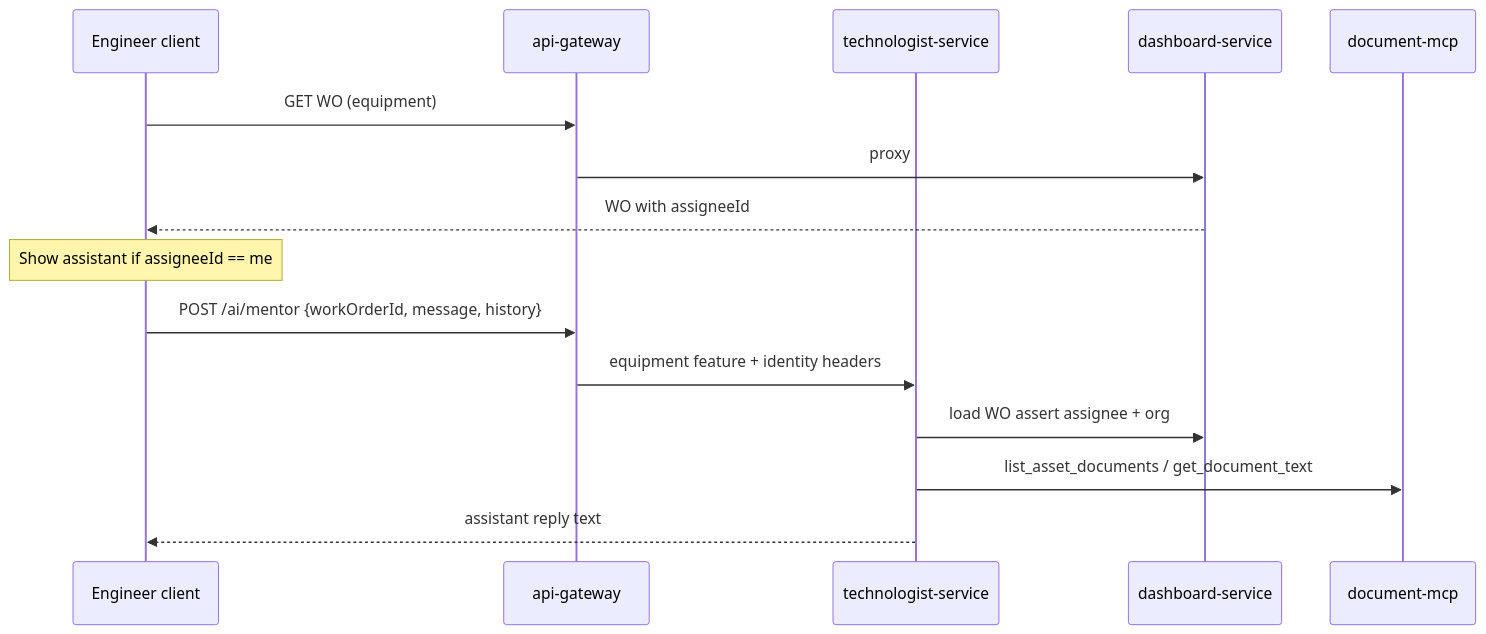
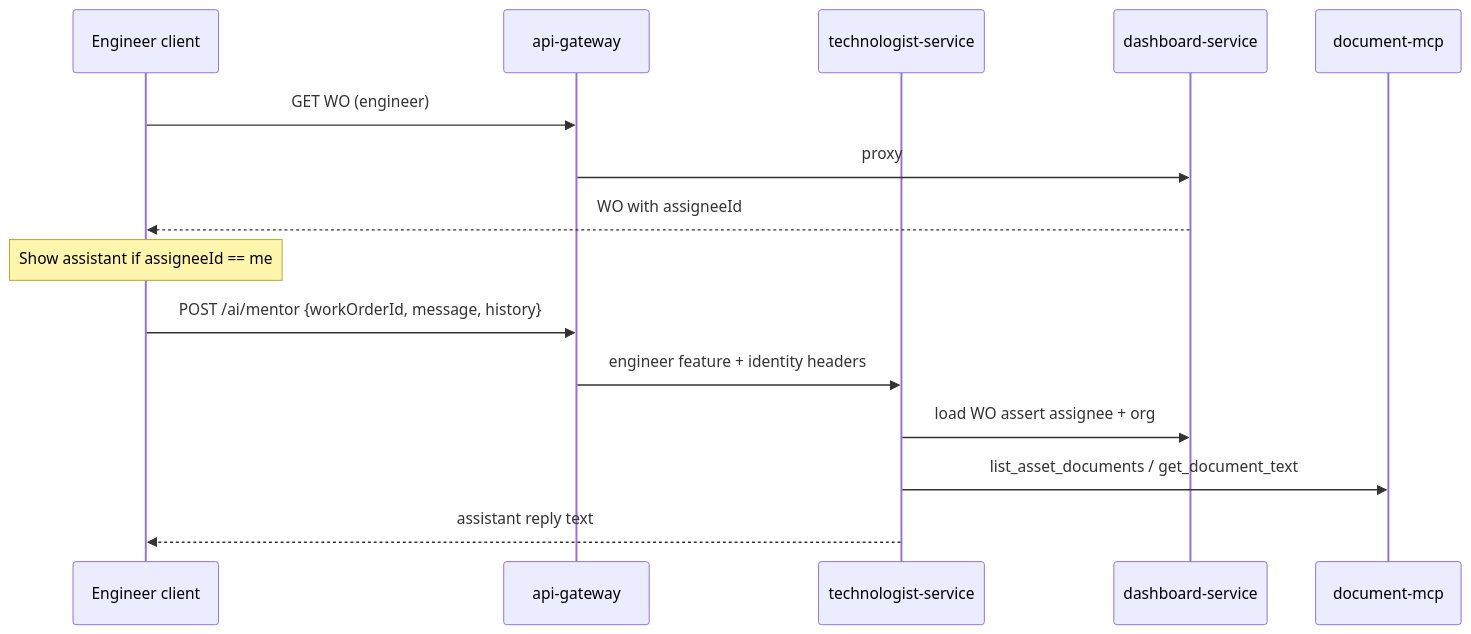
The second of 3 diagrams in docs/plans/2026-07-28-001-feat-wo-assistant-core-plan.md (AntonButov/masterdoc), drawn with Mermaid before and after one commit. The commit also changed other lines of this file and 1 other file, not shown here.

First line of the commit message:
docs: scope-align engineer feature and mentor full screen

````diff
--- a/docs/plans/2026-07-28-001-feat-wo-assistant-core-plan.md
+++ b/docs/plans/2026-07-28-001-feat-wo-assistant-core-plan.md
@@ -221,18 +221,18 @@
 ```mermaid
 sequenceDiagram
   participant E as Engineer client
   participant G as api-gateway
   participant T as technologist-service
   participant D as dashboard-service
   participant M as document-mcp
 
-  E->>G: GET WO (equipment)
+  E->>G: GET WO (engineer)
   G->>D: proxy
   D-->>E: WO with assigneeId
   Note over E: Show assistant if assigneeId == me
   E->>G: POST /ai/mentor {workOrderId, message, history}
-  G->>T: equipment feature + identity headers
+  G->>T: engineer feature + identity headers
   T->>D: load WO assert assignee + org
   T->>M: list_asset_documents / get_document_text
   T-->>E: assistant reply text
 ```
````
